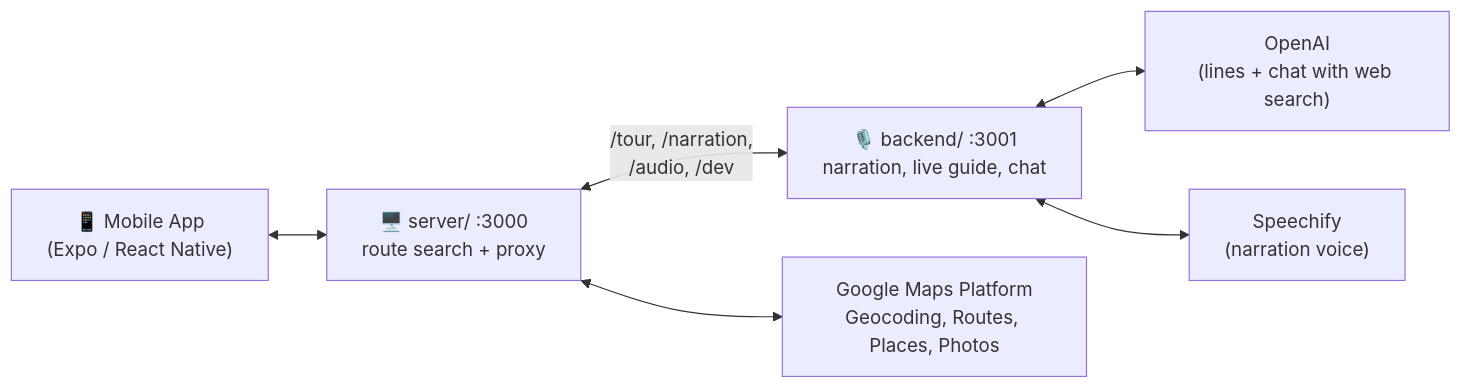
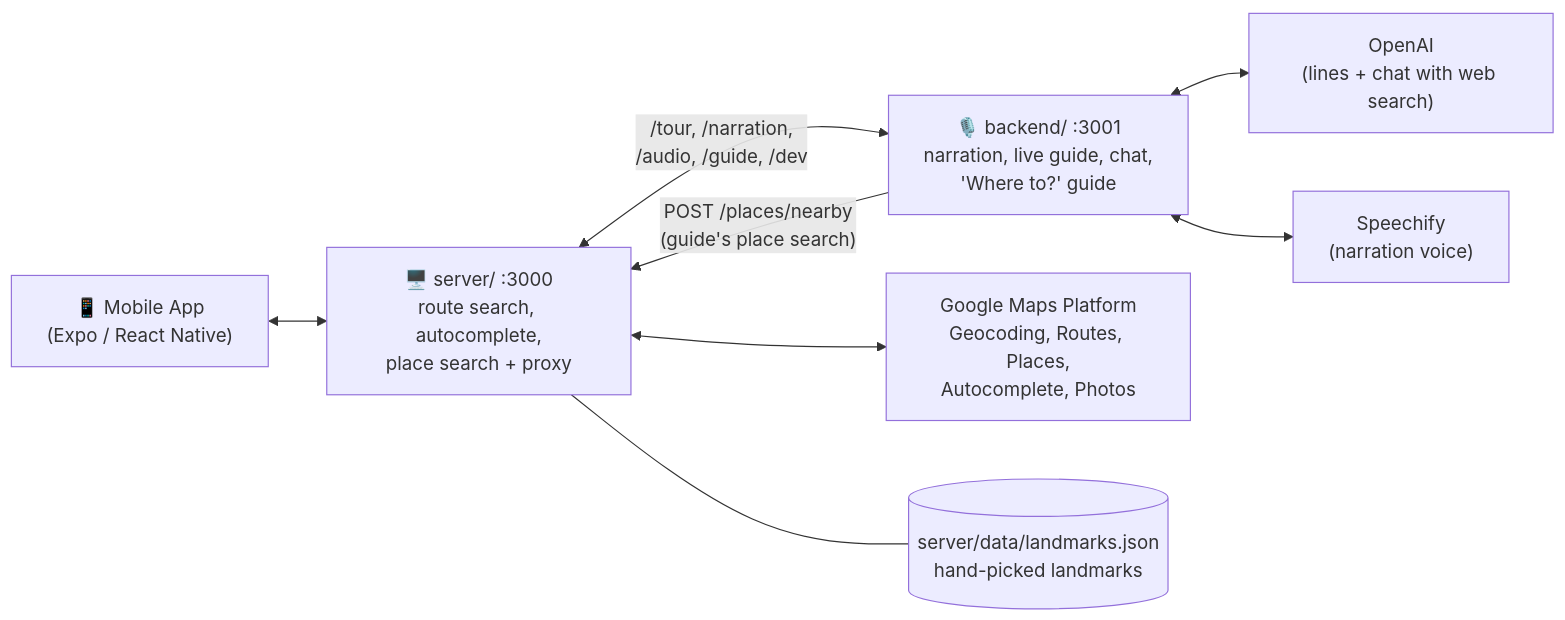
The first of 2 diagrams in docs/architecture.md (plazuu/WayMore), drawn with Mermaid before and after one commit. The commit also changed other lines of this file and 1 other file, not shown here.

Commit message:
Update README and architecture doc for Where to? guide, autocomplete, scenic detours, 3D preview and narration lookahead

````diff
--- a/docs/architecture.md
+++ b/docs/architecture.md
@@ -5,15 +5,18 @@
 ```mermaid
 graph LR
     Mobile["📱 Mobile App<br/>(Expo / React Native)"]
-    Server["🖥️ server/ :3000<br/>route search + proxy"]
-    Backend["🎙️ backend/ :3001<br/>narration, live guide, chat"]
-    Maps["Google Maps Platform<br/>Geocoding, Routes, Places, Photos"]
+    Server["🖥️ server/ :3000<br/>route search, autocomplete,<br/>place search + proxy"]
+    Backend["🎙️ backend/ :3001<br/>narration, live guide, chat,<br/>'Where to?' guide"]
+    Maps["Google Maps Platform<br/>Geocoding, Routes, Places,<br/>Autocomplete, Photos"]
+    Curated[("server/data/landmarks.json<br/>hand-picked landmarks")]
     AI["OpenAI<br/>(lines + chat with web search)"]
     TTS["Speechify<br/>(narration voice)"]
 
     Mobile <--> Server
     Server <--> Maps
-    Server <-->|"/tour, /narration,<br/>/audio, /dev"| Backend
+    Server --- Curated
+    Server <-->|"/tour, /narration,<br/>/audio, /guide, /dev"| Backend
+    Backend -->|"POST /places/nearby<br/>(guide's place search)"| Server
     Backend <--> AI
     Backend <--> TTS
 ```
````
